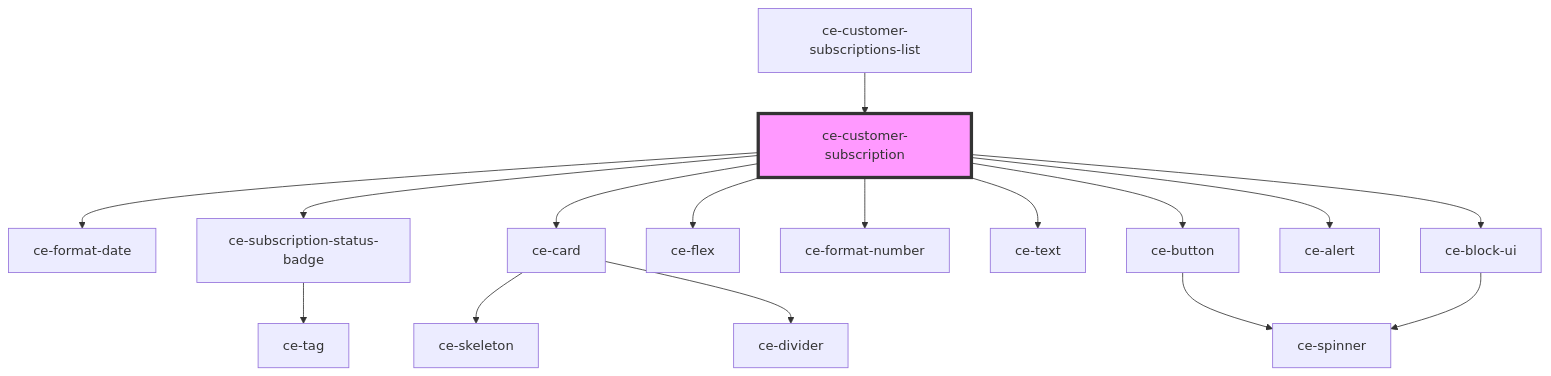
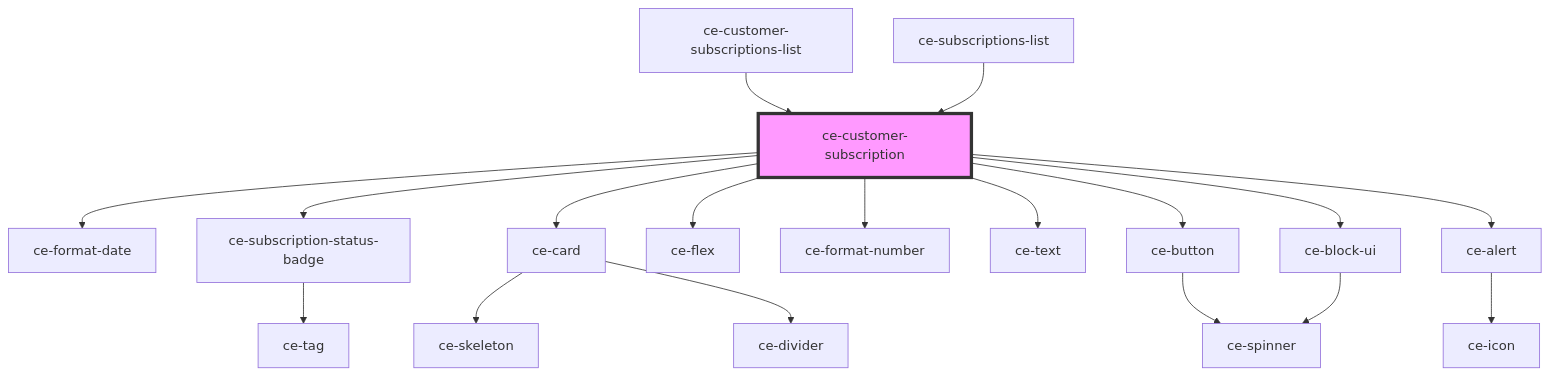
The diagram in packages/components/src/components/controllers/dashboard/customer-subscription/readme.md (surecart/surecart-wp-plugin), drawn with Mermaid before and after one commit. The commit also changed other lines of this file and 101 other files, not shown here.

````diff
--- a/packages/components/src/components/controllers/dashboard/customer-subscription/readme.md
+++ b/packages/components/src/components/controllers/dashboard/customer-subscription/readme.md
@@ -54,19 +55,21 @@
 ```mermaid
 graph TD;
   ce-customer-subscription --> ce-format-date
   ce-customer-subscription --> ce-subscription-status-badge
   ce-customer-subscription --> ce-card
   ce-customer-subscription --> ce-flex
   ce-customer-subscription --> ce-format-number
   ce-customer-subscription --> ce-text
   ce-customer-subscription --> ce-button
   ce-customer-subscription --> ce-alert
   ce-customer-subscription --> ce-block-ui
   ce-subscription-status-badge --> ce-tag
   ce-card --> ce-skeleton
   ce-card --> ce-divider
   ce-button --> ce-spinner
+  ce-alert --> ce-icon
   ce-block-ui --> ce-spinner
   ce-customer-subscriptions-list --> ce-customer-subscription
+  ce-subscriptions-list --> ce-customer-subscription
   style ce-customer-subscription fill:#f9f,stroke:#333,stroke-width:4px
 ```
````
